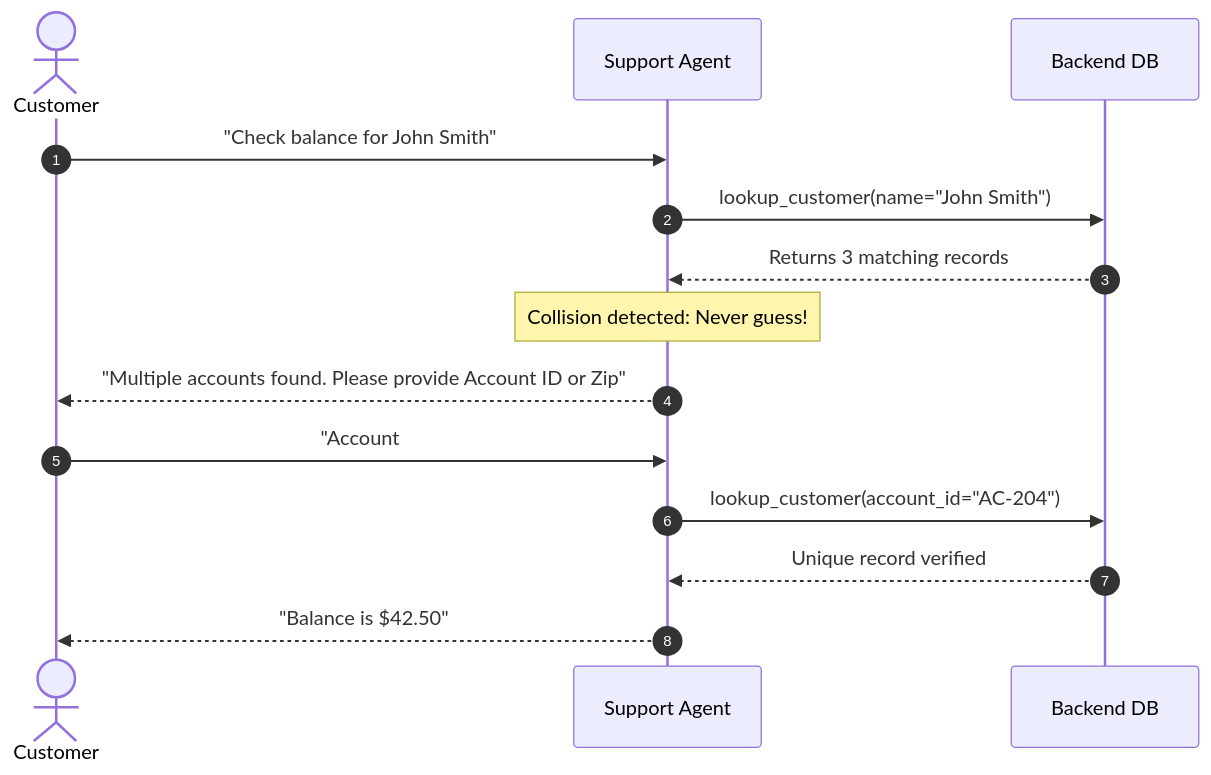
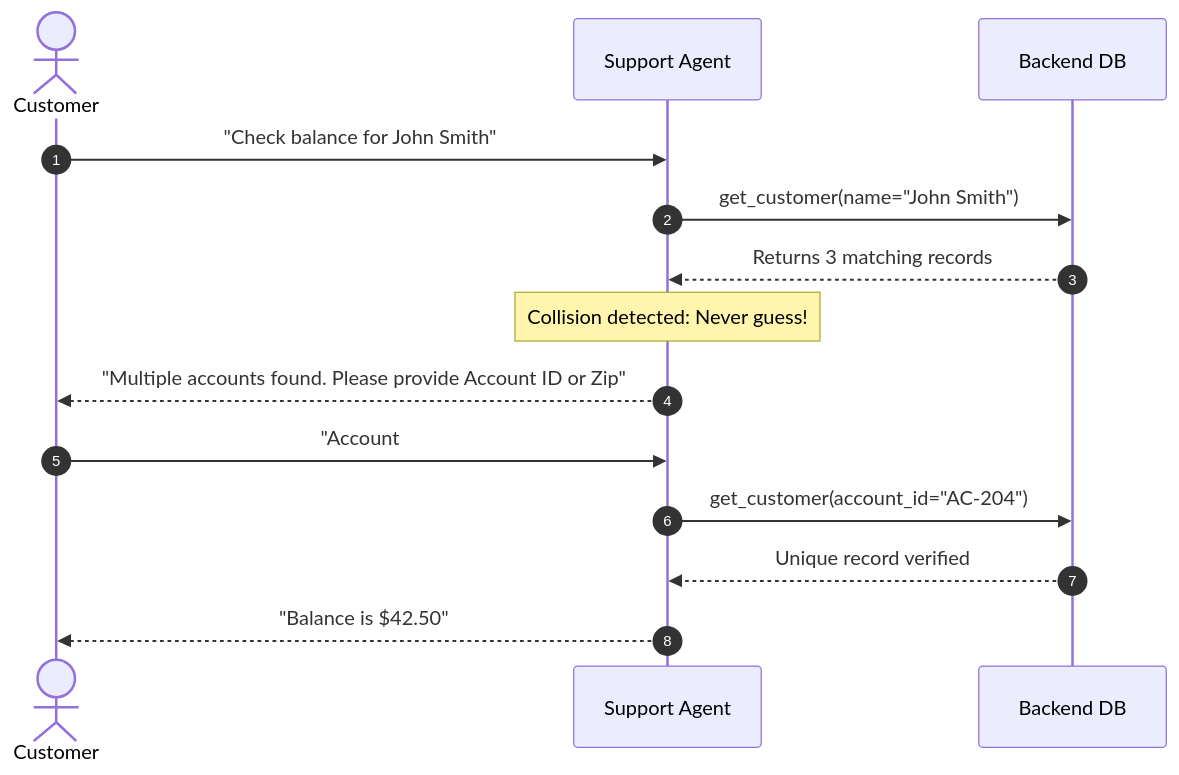
The fourth of 6 diagrams in domain5/KEY_CONCEPTS.md (dip4k/claude_cert_architect_foundation_prep), drawn with Mermaid before and after one commit. The commit also changed other lines of this file and 133 other files, not shown here.

````diff
--- a/domain5/KEY_CONCEPTS.md
+++ b/domain5/KEY_CONCEPTS.md
@@ -158,17 +165,17 @@
 ```mermaid
 sequenceDiagram
     autonumber
     actor User as Customer
     participant Agent as Support Agent
     participant DB as Backend DB
 
     User->>Agent: "Check balance for John Smith"
-    Agent->>DB: lookup_customer(name="John Smith")
+    Agent->>DB: get_customer(name="John Smith")
     DB-->>Agent: Returns 3 matching records
     Note over Agent: Collision detected: Never guess!
     Agent-->>User: "Multiple accounts found. Please provide Account ID or Zip"
     User->>Agent: "Account #AC-204"
-    Agent->>DB: lookup_customer(account_id="AC-204")
+    Agent->>DB: get_customer(account_id="AC-204")
     DB-->>Agent: Unique record verified
     Agent-->>User: "Balance is $42.50"
 ```
````
